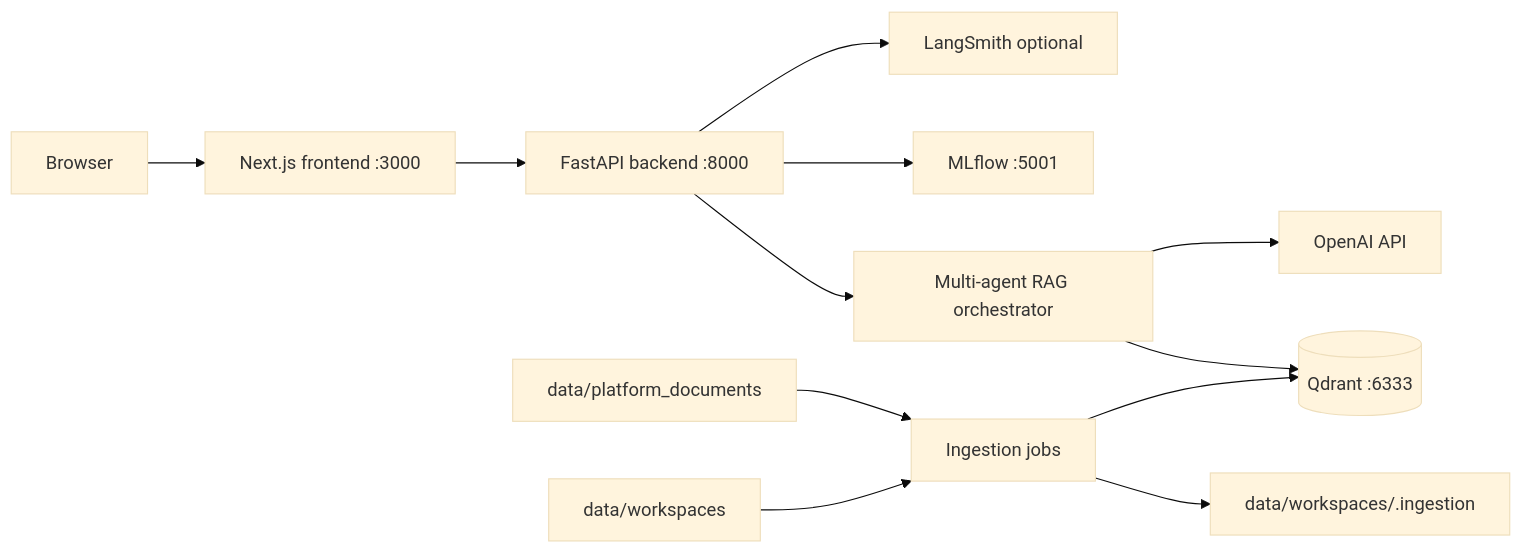
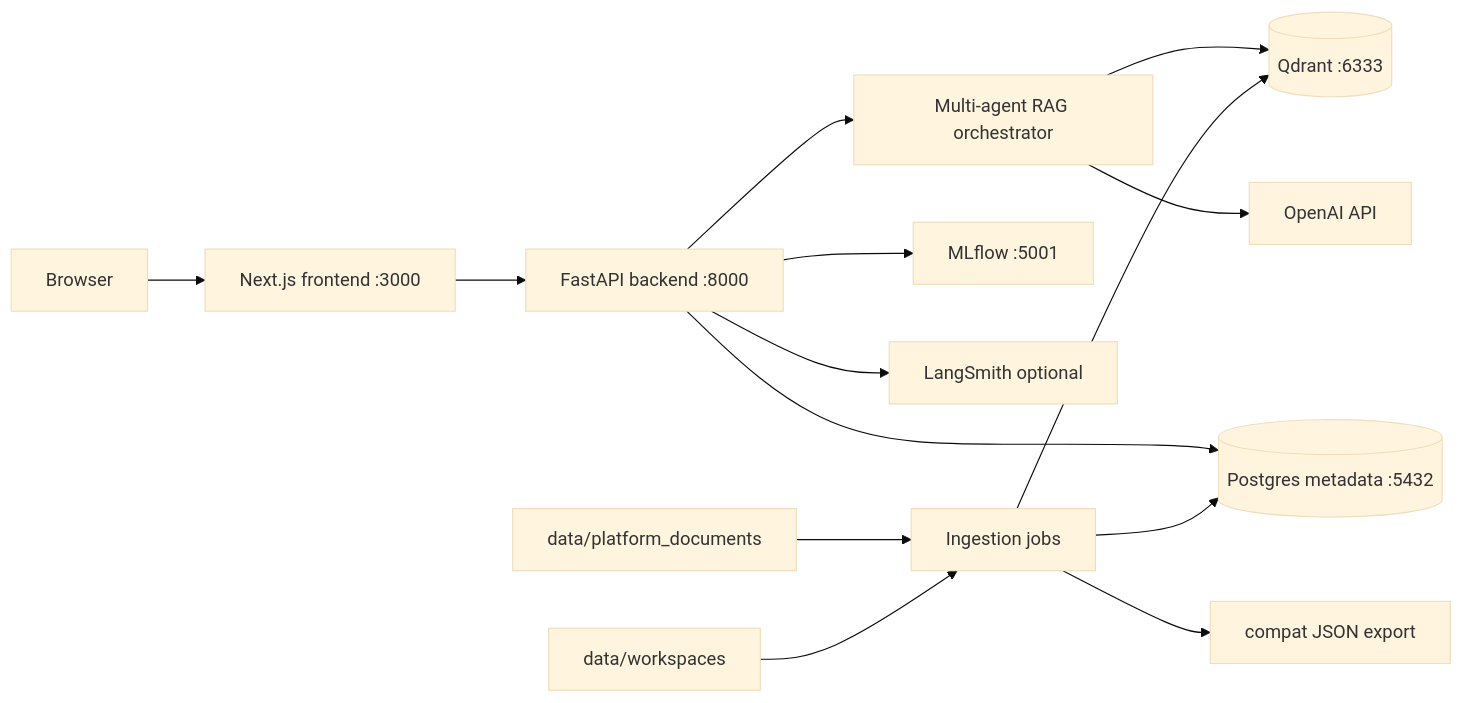
The diagram in docs/ARCHITECTURE.md (manishfromlko/Prism), drawn with Mermaid (base theme) before and after one commit. The commit also changed other lines of this file and 10 other files, not shown here.

Commit message:
Add Postgres metadata store | Replace catalog as workspace source of truth | Scalable Metadata Architecture

````diff
--- a/docs/ARCHITECTURE.md
+++ b/docs/ARCHITECTURE.md
@@ -3,14 +3,16 @@
 ```mermaid
 flowchart LR
     user[Browser] --> frontend[Next.js frontend :3000]
     frontend --> api[FastAPI backend :8000]
     api --> agents[Multi-agent RAG orchestrator]
+    api --> postgres[(Postgres metadata :5432)]
     agents --> qdrant[(Qdrant :6333)]
     agents --> openai[OpenAI API]
     api --> mlflow[MLflow :5001]
     api --> langsmith[LangSmith optional]
-    ingestion[Ingestion jobs] --> catalog[data/workspaces/.ingestion]
+    ingestion[Ingestion jobs] --> postgres
+    ingestion --> catalog[compat JSON export]
     ingestion --> qdrant
     docs[data/platform_documents] --> ingestion
     workspaces[data/workspaces] --> ingestion
 ```
````
